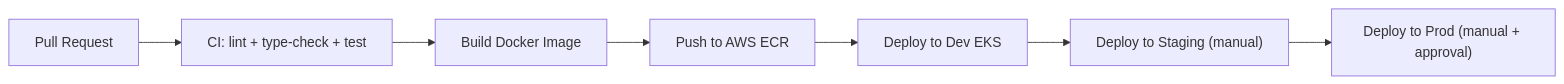
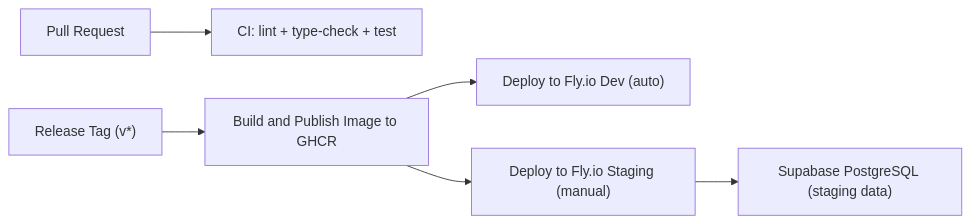
Before and after one commit to RamonAlcantaraArceo/petstore-api: the second of 2 diagrams in docs/architecture.md, drawn with Mermaid. The commit also changed other lines of this file and 18 other files, not shown here.

````diff
--- a/docs/architecture.md
+++ b/docs/architecture.md
@@ -25,9 +26,8 @@
 ```mermaid
 graph LR
     PR["Pull Request"] --> CI["CI: lint + type-check + test"]
-    CI --> Build["Build Docker Image"]
-    Build --> ECR["Push to AWS ECR"]
-    ECR --> Dev["Deploy to Dev EKS"]
-    Dev --> Staging["Deploy to Staging (manual)"]
-    Staging --> Prod["Deploy to Prod (manual + approval)"]
+    ReleaseTag["Release Tag (v*)"] --> GHCR["Build and Publish Image to GHCR"]
+    GHCR --> Dev["Deploy to Fly.io Dev (auto)"]
+    GHCR --> Staging["Deploy to Fly.io Staging (manual)"]
+    Staging --> SupabaseDb["Supabase PostgreSQL (staging data)"]
 ```
````
